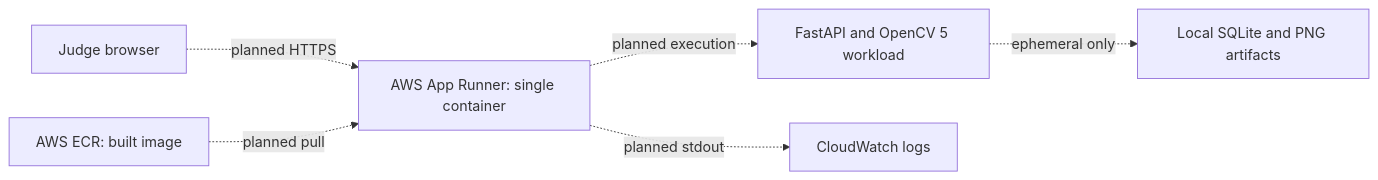
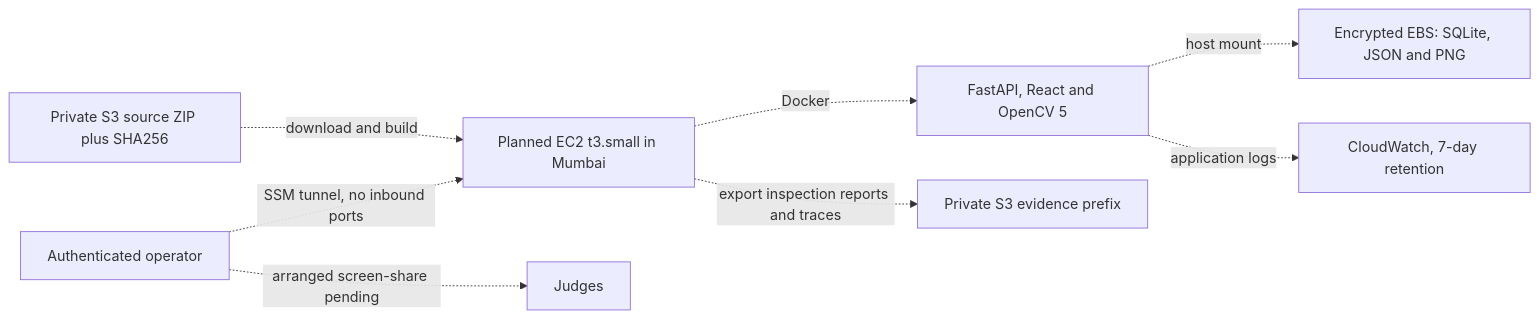
One commit to sgoel2be24-cyber/circuitsleuth changed the second of 2 diagrams in docs/TECHNICAL_REPORT.md. Above: the diagram before and after it, drawn with Mermaid. The commit also changed other lines of this file and 89 other files, not shown here.

Commit message:
Prepare Team Update pitch, AWS demo deployment and judge evidence package

````diff
--- a/docs/TECHNICAL_REPORT.md
+++ b/docs/TECHNICAL_REPORT.md
@@ -48,8 +58,10 @@
 ```mermaid
 flowchart LR
-    Judge[Judge browser] -. planned HTTPS .-> AR[AWS App Runner: single container]
-    ECR[AWS ECR: built image] -. planned pull .-> AR
-    AR -. planned execution .-> CV[FastAPI and OpenCV 5 workload]
-    AR -. planned stdout .-> Logs[CloudWatch logs]
-    CV -. ephemeral only .-> Data[Local SQLite and PNG artifacts]
+    Source[Private S3 source ZIP plus SHA256] -. download and build .-> Host[Planned EC2 t3.small in Mumbai]
+    Operator[Authenticated operator] -. SSM tunnel, no inbound ports .-> Host
+    Host -. Docker .-> Runtime[FastAPI, React and OpenCV 5]
+    Runtime -. host mount .-> EBS[Encrypted EBS: SQLite, JSON and PNG]
+    Runtime -. application logs .-> CW[CloudWatch, 7-day retention]
+    Host -. export inspection reports and traces .-> Proof[Private S3 evidence prefix]
+    Operator -. arranged screen-share pending .-> Judges[Judges]
 ```
````
